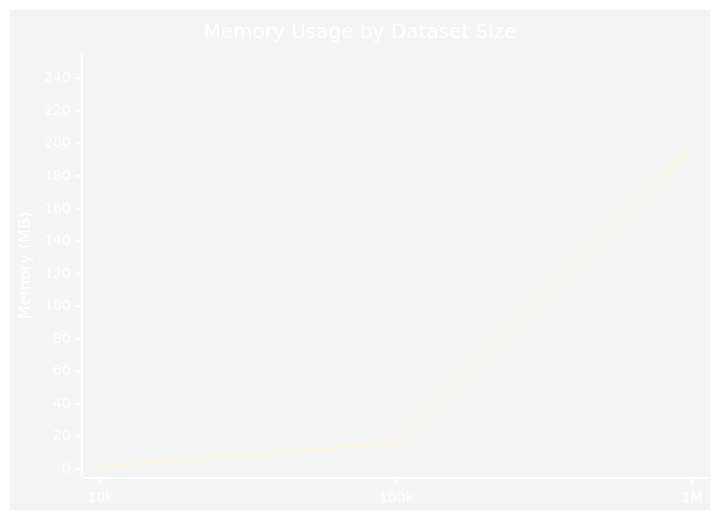
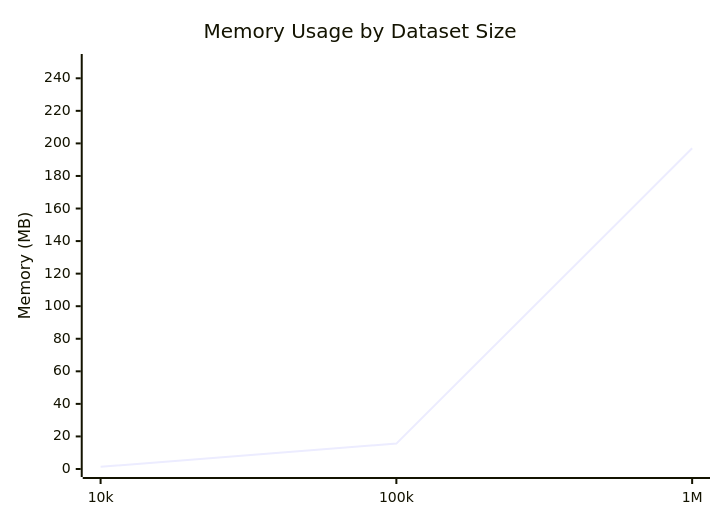
The fourth of 6 diagrams in docs/benchmarks.md (Pablo997/pulsardb), drawn with Mermaid before and after one commit. The commit also changed other lines of this file, not shown here.

Commit message:
Refactor benchmarks documentation by removing unnecessary styling elements from graphs to enhance clarity and focus on performance metrics.

````diff
--- a/docs/benchmarks.md
+++ b/docs/benchmarks.md
@@ -227,8 +223,7 @@
 ```mermaid
-%%{init: {'theme':'base', 'themeVariables': { 'primaryColor':'#9C27B0','primaryTextColor':'#fff','primaryBorderColor':'#7B1FA2','lineColor':'#E91E63','secondaryColor':'#FF5722'}}}%%
 xychart-beta
     title "Memory Usage by Dataset Size"
     x-axis [10k, 100k, 1M]
     y-axis "Memory (MB)" 0 --> 250
     line [1.38, 15.6, 197]
 ```
````
